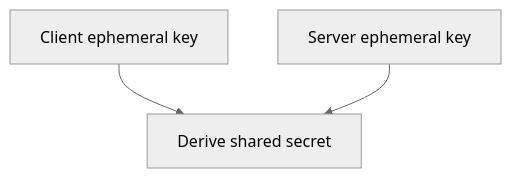
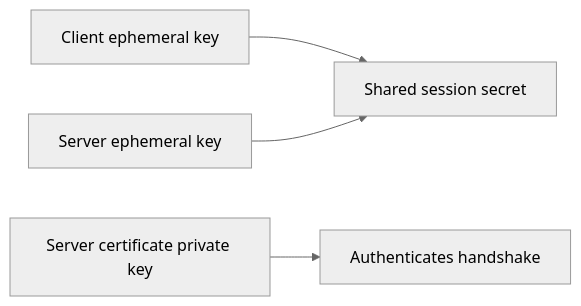
One commit to AvadhBhalodiya/Interview-Preparation changed the second of 5 diagrams in src/content/security/https-tls-basics.md. Above: the diagram before and after it, drawn with Mermaid (neutral theme). The commit also changed other lines of this file and 54 other files, not shown here.

````diff
--- a/src/content/security/https-tls-basics.md
+++ b/src/content/security/https-tls-basics.md
@@ -244,5 +132,6 @@
 ```mermaid
-flowchart TD
-    C[Client ephemeral key] --> D[Derive shared secret]
-    S[Server ephemeral key] --> D
+flowchart LR
+    C[Client ephemeral key] --> K[Shared session secret]
+    S[Server ephemeral key] --> K
+    L[Server certificate private key] --> A[Authenticates handshake]
 ```
````
